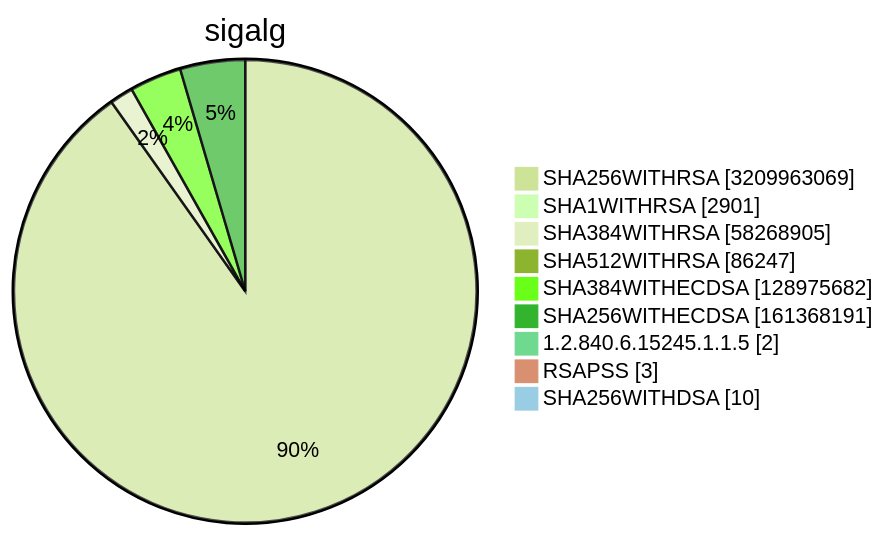
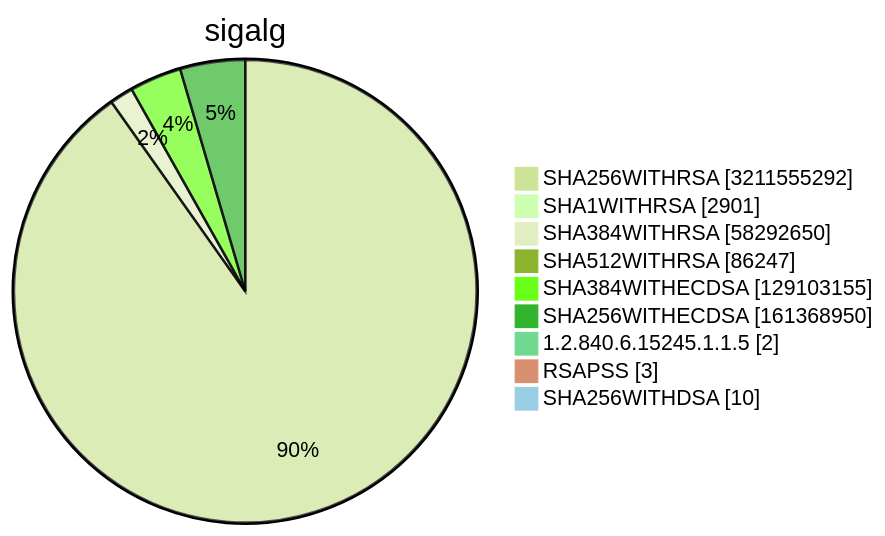
Diagram 15 of 15 in TOTAL/README.md (christiankrug/ctmonitor_visualization), drawn with Mermaid (forest theme) before and after one commit. The commit also changed other lines of this file, not shown here.

````diff
--- a/TOTAL/README.md
+++ b/TOTAL/README.md
@@ -6217,13 +6217,13 @@
 ```mermaid
 pie showData
 title sigalg
-"SHA256WITHRSA" :3209963069
+"SHA256WITHRSA" :3211555292
 "SHA1WITHRSA" :2901
-"SHA384WITHRSA" :58268905
+"SHA384WITHRSA" :58292650
 "SHA512WITHRSA" :86247
-"SHA384WITHECDSA" :128975682
-"SHA256WITHECDSA" :161368191
+"SHA384WITHECDSA" :129103155
+"SHA256WITHECDSA" :161368950
 "1.2.840.6.15245.1.1.5" :2
 "RSAPSS" :3
 "SHA256WITHDSA" :10
 ```
````
